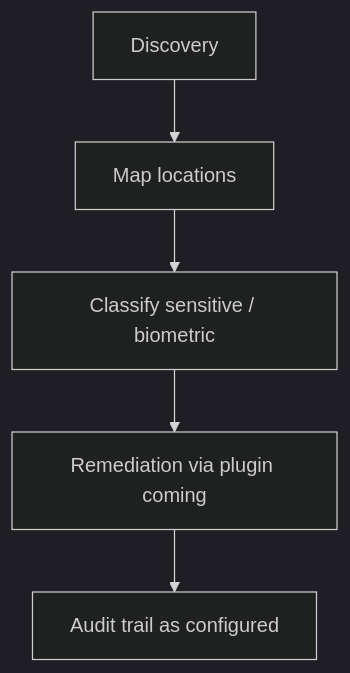
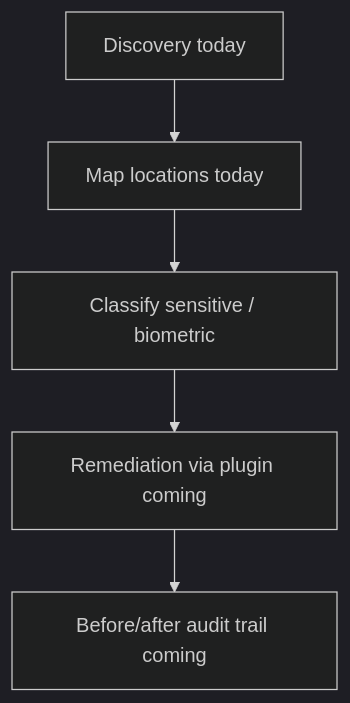
One commit to DataBoar/data-boar changed the diagram in docs/use-cases/USE_CASE_BIOMETRIC_DATA_PROTECTION.md. Above: the diagram before and after it, drawn with Mermaid (dark theme). The commit also changed 2 other files, not shown here.

Commit message:
docs: split biometric mermaid into today vs coming
Keep discovery/mapping as today and remediator/before-after trail as coming so the diagram matches the prose.

````diff
--- a/docs/use-cases/USE_CASE_BIOMETRIC_DATA_PROTECTION.md
+++ b/docs/use-cases/USE_CASE_BIOMETRIC_DATA_PROTECTION.md
@@ -32,7 +32,7 @@
 ```mermaid
 flowchart TD
-  D[Discovery] --> M[Map locations]
+  D[Discovery today] --> M[Map locations today]
   M --> C[Classify sensitive / biometric]
   C --> R[Remediation via plugin coming]
-  R --> E[Audit trail as configured]
+  R --> E[Before/after audit trail coming]
 ```
````
